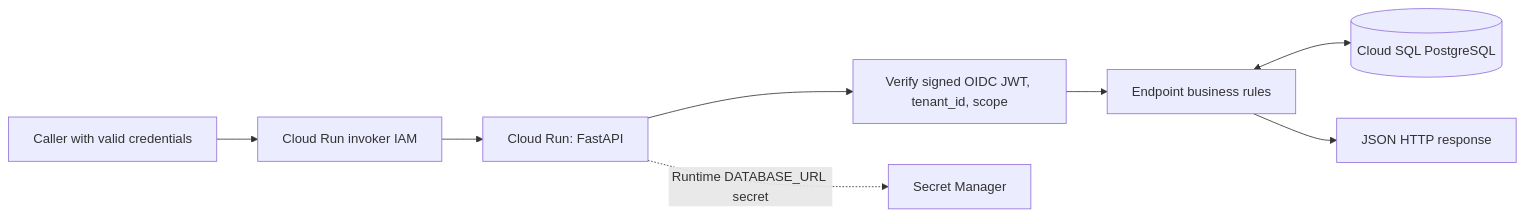
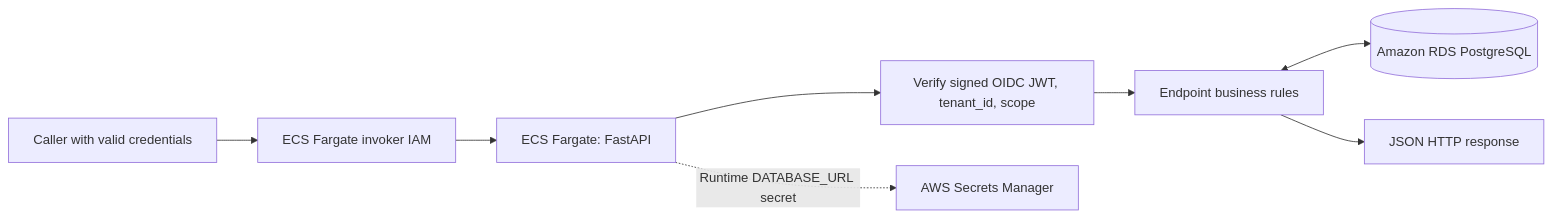
The first of 2 diagrams in README.md (nolet7/enterprise-finance-platform), drawn with Mermaid before and after one commit. The commit also changed other lines of this file, not shown here.

Commit message:
Document AWS finance request flow and environment deployment gates

````diff
--- a/README.md
+++ b/README.md
@@ -23,10 +26,10 @@
 ```mermaid
 flowchart LR
-  U["Caller with valid credentials"] --> I["Cloud Run invoker IAM"]
-  I --> R["Cloud Run: FastAPI"]
+  U["Caller with valid credentials"] --> I["ECS Fargate invoker IAM"]
+  I --> R["ECS Fargate: FastAPI"]
   R --> J["Verify signed OIDC JWT, tenant_id, scope"]
   J --> H["Endpoint business rules"]
-  H <--> D[("Cloud SQL PostgreSQL")]
-  R -. "Runtime DATABASE_URL secret" .-> S["Secret Manager"]
+  H <--> D[("Amazon RDS PostgreSQL")]
+  R -. "Runtime DATABASE_URL secret" .-> S["AWS Secrets Manager"]
   H --> O["JSON HTTP response"]
 ```
````
